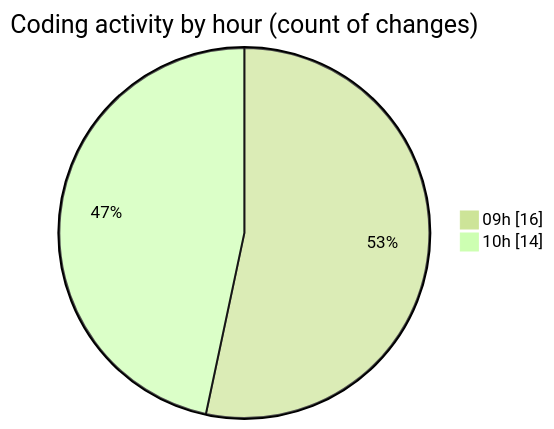
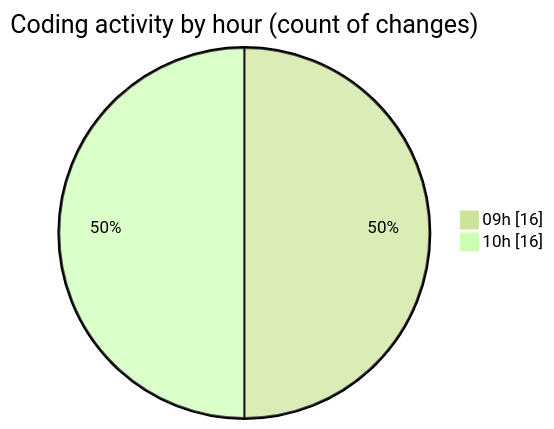
The second of 2 diagrams in 2025-07-04/cda/README.md (momahboobian/code-tracking), drawn with Mermaid (forest theme) before and after one commit. The commit also changed other lines of this file and 1 other file, not shown here.

````diff
--- a/2025-07-04/cda/README.md
+++ b/2025-07-04/cda/README.md
@@ -37,6 +38,6 @@
 ```mermaid
 pie showData
 title Coding activity by hour (count of changes)
 "09h" : 16
-"10h" : 14
+"10h" : 16
 ```
````
